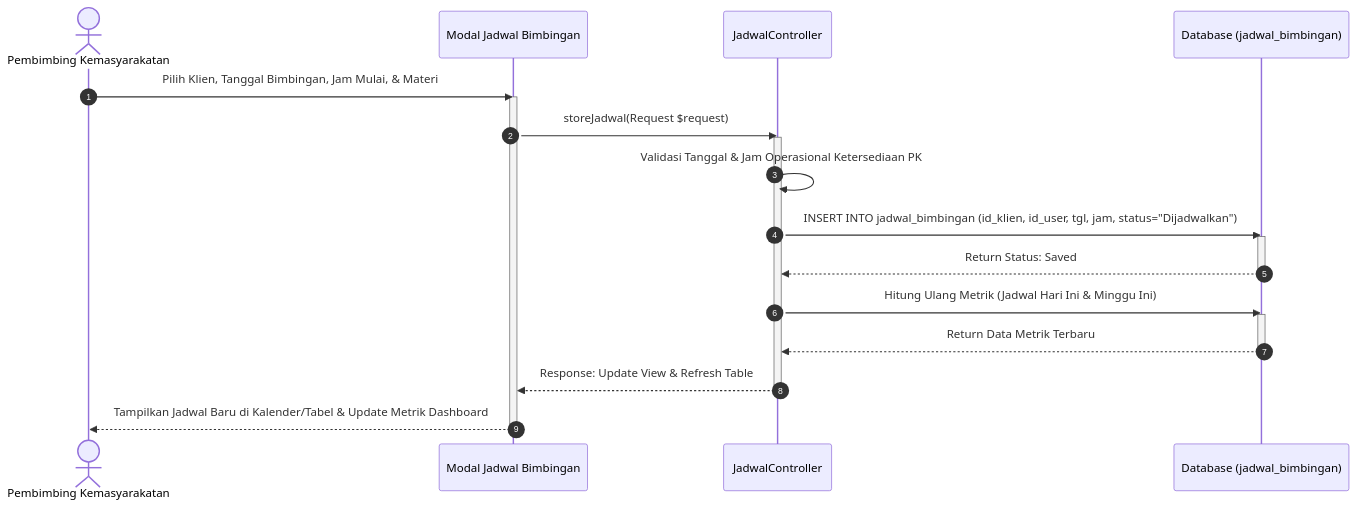
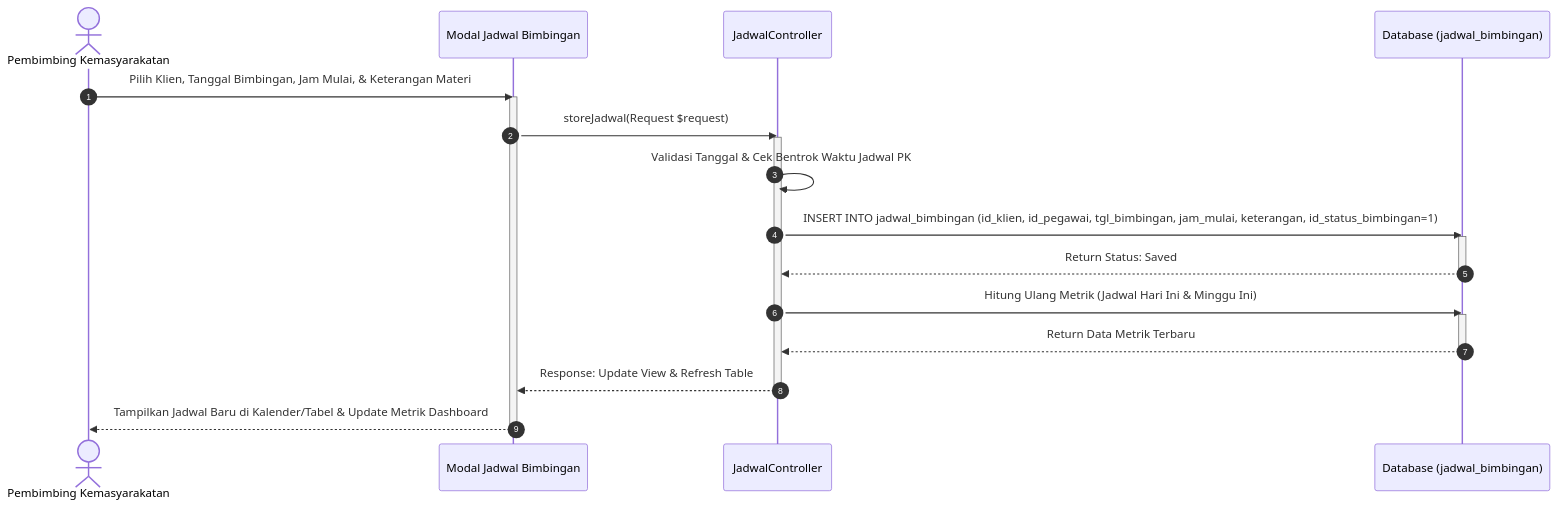
Diagram 11 of 12 in diagram/sequence_diagram_simba.md (hilyaaulia14/SIMBA), drawn with Mermaid before and after one commit. The commit also changed other lines of this file and 6 other files, not shown here.

Commit message:
docs(diagram): sinkronisasi diagram dengan skema implementasi SIMBA

````diff
--- a/diagram/sequence_diagram_simba.md
+++ b/diagram/sequence_diagram_simba.md
@@ -170,29 +431,29 @@
 ```mermaid
 sequenceDiagram
     autonumber
     actor PK as Pembimbing Kemasyarakatan
     participant Modal as Modal Jadwal Bimbingan
     participant Ctrl as JadwalController
     participant DB as Database (jadwal_bimbingan)
 
-    PK->>Modal: Pilih Klien, Tanggal Bimbingan, Jam Mulai, & Materi
+    PK->>Modal: Pilih Klien, Tanggal Bimbingan, Jam Mulai, & Keterangan Materi
     activate Modal
     Modal->>Ctrl: storeJadwal(Request $request)
     activate Ctrl
-    Ctrl->>Ctrl: Validasi Tanggal & Jam Operasional Ketersediaan PK
+    Ctrl->>Ctrl: Validasi Tanggal & Cek Bentrok Waktu Jadwal PK
 
-    Ctrl->>DB: INSERT INTO jadwal_bimbingan (id_klien, id_user, tgl, jam, status="Dijadwalkan")
+    Ctrl->>DB: INSERT INTO jadwal_bimbingan (id_klien, id_pegawai, tgl_bimbingan, jam_mulai, keterangan, id_status_bimbingan=1)
     activate DB
     DB-->>Ctrl: Return Status: Saved
     deactivate DB
 
     Ctrl->>DB: Hitung Ulang Metrik (Jadwal Hari Ini & Minggu Ini)
     activate DB
     DB-->>Ctrl: Return Data Metrik Terbaru
     deactivate DB
 
     Ctrl-->>Modal: Response: Update View & Refresh Table
     deactivate Ctrl
     Modal-->>PK: Tampilkan Jadwal Baru di Kalender/Tabel & Update Metrik Dashboard
     deactivate Modal
 ```
````
